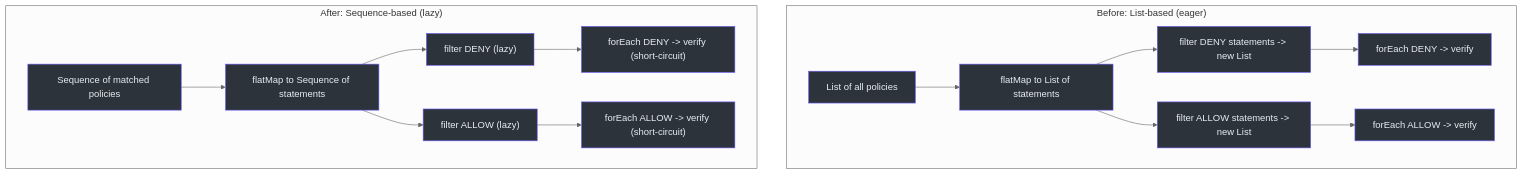
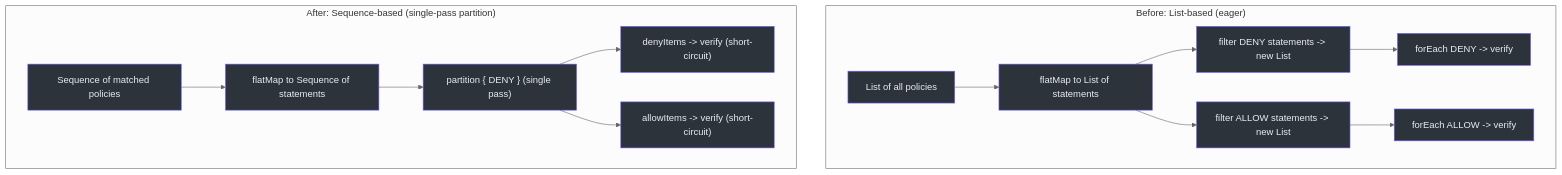
The second of 4 diagrams in wiki/deep-dive/operations/performance.md (Ahoo-Wang/CoSec), drawn with Mermaid (neutral theme) before and after one commit. The commit also changed other lines of this file and 17 other files, not shown here.

````diff
--- a/wiki/deep-dive/operations/performance.md
+++ b/wiki/deep-dive/operations/performance.md
@@ -47,31 +47,29 @@
 ```mermaid
 flowchart TD
     subgraph "Before: List-based (eager)"
         A1["List of all policies"] --> B1["flatMap to List of statements"]
         B1 --> C1["filter DENY statements -> new List"]
         C1 --> D1["forEach DENY -> verify"]
         B1 --> E1["filter ALLOW statements -> new List"]
         E1 --> F1["forEach ALLOW -> verify"]
     end
-    subgraph "After: Sequence-based (lazy)"
+    subgraph "After: Sequence-based (single-pass partition)"
         A2["Sequence of matched policies"] --> B2["flatMap to Sequence of statements"]
-        B2 --> C2["filter DENY (lazy)"]
-        C2 --> D2["forEach DENY -> verify (short-circuit)"]
-        B2 --> E2["filter ALLOW (lazy)"]
-        E2 --> F2["forEach ALLOW -> verify (short-circuit)"]
+        B2 --> C2["partition { DENY } (single pass)"]
+        C2 --> D2["denyItems -> verify (short-circuit)"]
+        C2 --> E2["allowItems -> verify (short-circuit)"]
     end
 
     style A1 fill:#2d333b,stroke:#6d5dfc,color:#e6edf3
     style B1 fill:#2d333b,stroke:#6d5dfc,color:#e6edf3
     style C1 fill:#2d333b,stroke:#6d5dfc,color:#e6edf3
     style D1 fill:#2d333b,stroke:#6d5dfc,color:#e6edf3
     style E1 fill:#2d333b,stroke:#6d5dfc,color:#e6edf3
     style F1 fill:#2d333b,stroke:#6d5dfc,color:#e6edf3
     style A2 fill:#2d333b,stroke:#6d5dfc,color:#e6edf3
     style B2 fill:#2d333b,stroke:#6d5dfc,color:#e6edf3
     style C2 fill:#2d333b,stroke:#6d5dfc,color:#e6edf3
     style D2 fill:#2d333b,stroke:#6d5dfc,color:#e6edf3
     style E2 fill:#2d333b,stroke:#6d5dfc,color:#e6edf3
-    style F2 fill:#2d333b,stroke:#6d5dfc,color:#e6edf3
 
 ```
````
